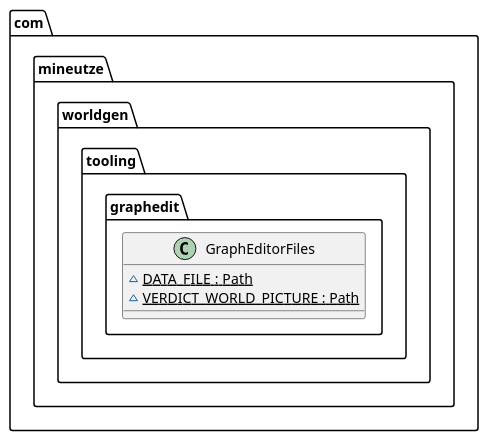
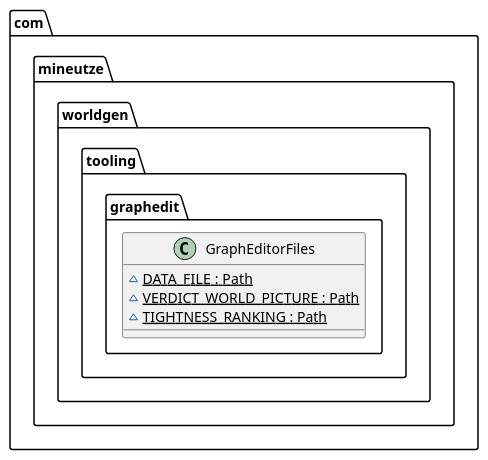
The diagram in companion-mods/mineutze-worldgen/doc/Modelisation/Fragments-Full/com/mineutze/worldgen/tooling/graphedit/GraphEditorFiles.puml (Boulede987/Mine-Utz), drawn with PlantUML before and after one commit. The commit also changed 45 other files, not shown here.

First line of the commit message:
docs(worldgen): regenerate class diagrams for the Verify run

```diff
--- a/companion-mods/mineutze-worldgen/doc/Modelisation/Fragments-Full/com/mineutze/worldgen/tooling/graphedit/GraphEditorFiles.puml
+++ b/companion-mods/mineutze-worldgen/doc/Modelisation/Fragments-Full/com/mineutze/worldgen/tooling/graphedit/GraphEditorFiles.puml
@@ -1,6 +1,7 @@
 namespace com.mineutze.worldgen.tooling.graphedit {
 class GraphEditorFiles {
   ~ {static} DATA_FILE : Path
   ~ {static} VERDICT_WORLD_PICTURE : Path
+  ~ {static} TIGHTNESS_RANKING : Path
 }
 }
```
